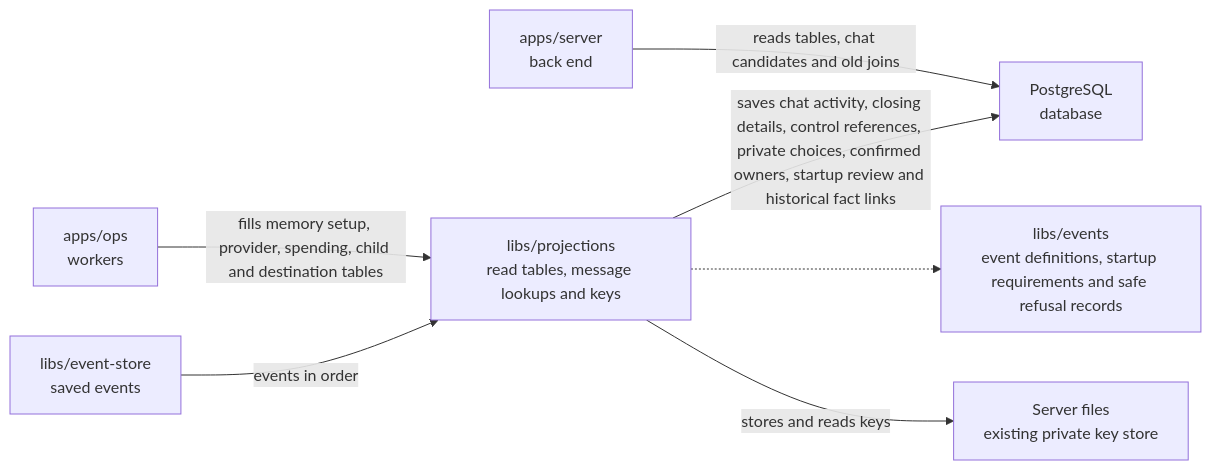
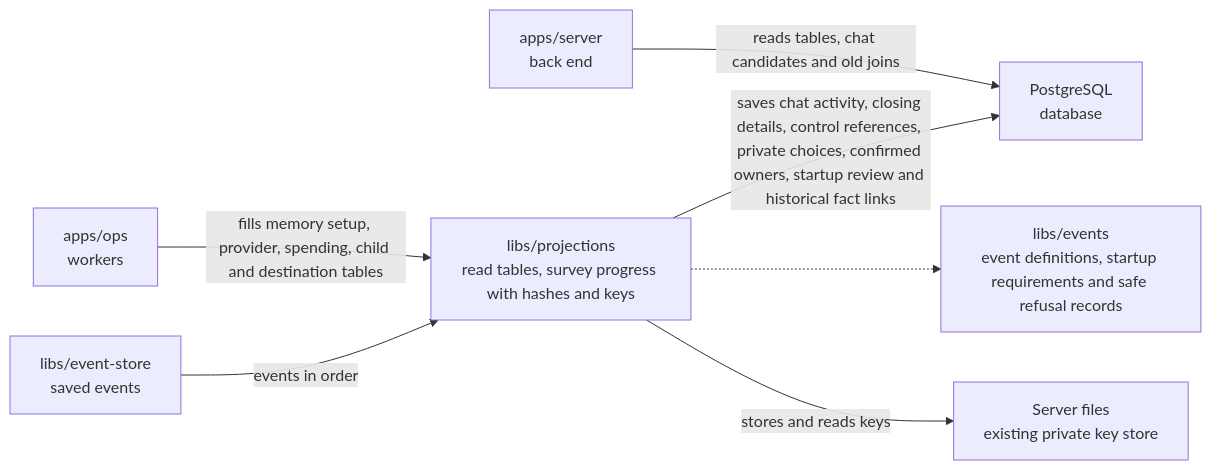
The diagram in libs/projections/README.md (elewa-git/opencrane-new), drawn with Mermaid before and after one commit. The commit also changed other lines of this file and 25 other files, not shown here.

First line of the commit message:
🔐 Welcome survey progress is saved encrypted with a checked digest, and private keys are prepared once (#345)

````diff
--- a/libs/projections/README.md
+++ b/libs/projections/README.md
@@ -23,9 +23,9 @@
 ```mermaid
 flowchart LR
-  ops["apps/ops<br/>workers"] -->|fills memory setup, provider, spending, child and destination tables| projections["libs/projections<br/>read tables, message lookups and keys"]
+  ops["apps/ops<br/>workers"] -->|fills memory setup, provider, spending, child and destination tables| projections["libs/projections<br/>read tables, survey progress with hashes and keys"]
   server["apps/server<br/>back end"] -->|reads tables, chat candidates and old joins| pg["PostgreSQL<br/>database"]
   projections -->|saves chat activity, closing details, control references, private choices, confirmed owners, startup review and historical fact links| pg
   store["libs/event-store<br/>saved events"] -->|events in order| projections
   projections -.-> events["libs/events<br/>event definitions, startup requirements and safe refusal records"]
   projections -->|stores and reads keys| keys["Server files<br/>existing private key store"]
 ```
````
